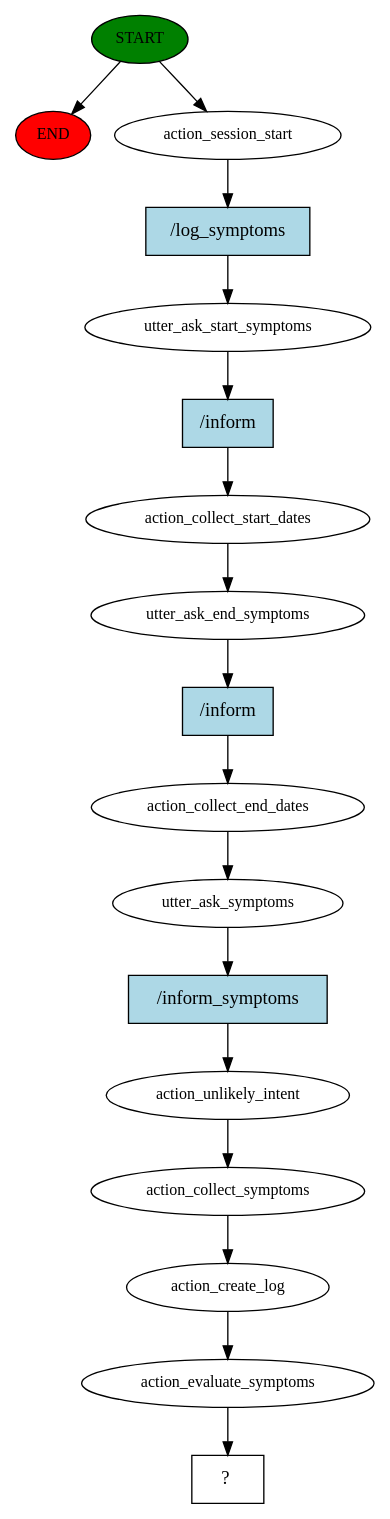
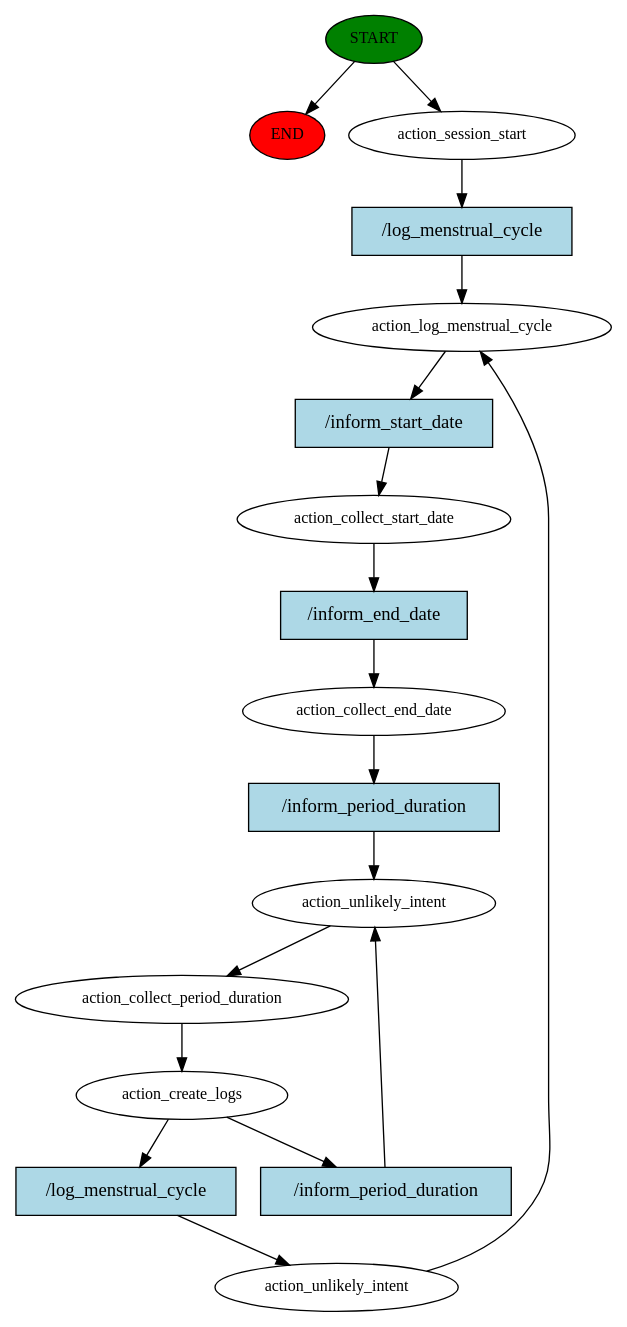
Before and after one commit to myaltithink/FertiliSense: the diagram in story_graph.dot, drawn with Graphviz. The commit also changed 104 other files, not shown here.

```diff
--- a/story_graph.dot
+++ b/story_graph.dot
@@ -1,35 +1,35 @@
 digraph  {
 0 [class="start active", fillcolor=green, fontsize=12, label=START, style=filled];
 "-1" [class=end, fillcolor=red, fontsize=12, label=END, style=filled];
 1 [class=active, fontsize=12, label=action_session_start];
-2 [class=active, fontsize=12, label=utter_ask_start_symptoms];
-3 [class=active, fontsize=12, label=action_collect_start_dates];
-4 [class=active, fontsize=12, label=utter_ask_end_symptoms];
-5 [class=active, fontsize=12, label=action_collect_end_dates];
-6 [class=active, fontsize=12, label=utter_ask_symptoms];
-7 [class=active, fontsize=12, label=action_unlikely_intent];
-8 [class=active, fontsize=12, label=action_collect_symptoms];
-9 [class=active, fontsize=12, label=action_create_log];
-10 [class=active, fontsize=12, label=action_evaluate_symptoms];
-11 [class="intent dashed active", label="  ?  ", shape=rect];
-12 [class="intent active", fillcolor=lightblue, label="/log_symptoms", shape=rect, style=filled];
-13 [class="intent active", fillcolor=lightblue, label="/inform", shape=rect, style=filled];
-14 [class="intent active", fillcolor=lightblue, label="/inform", shape=rect, style=filled];
-15 [class="intent active", fillcolor=lightblue, label="/inform_symptoms", shape=rect, style=filled];
+2 [class=active, fontsize=12, label=action_log_menstrual_cycle];
+3 [class=active, fontsize=12, label=action_collect_start_date];
+4 [class=active, fontsize=12, label=action_collect_end_date];
+5 [class=active, fontsize=12, label=action_unlikely_intent];
+6 [class=active, fontsize=12, label=action_collect_period_duration];
+7 [class="active dashed", fontsize=12, label=action_create_logs];
+11 [class=active, fontsize=12, label=action_unlikely_intent];
+18 [class="intent active", fillcolor=lightblue, label="/log_menstrual_cycle", shape=rect, style=filled];
+19 [class="intent active", fillcolor=lightblue, label="/inform_start_date", shape=rect, style=filled];
+20 [class="intent active", fillcolor=lightblue, label="/inform_end_date", shape=rect, style=filled];
+21 [class="intent active", fillcolor=lightblue, label="/inform_period_duration", shape=rect, style=filled];
+22 [class="intent active", fillcolor=lightblue, label="/inform_period_duration", shape=rect, style=filled];
+23 [class="intent active", fillcolor=lightblue, label="/log_menstrual_cycle", shape=rect, style=filled];
 0 -> "-1"  [class="", key=NONE, label=""];
 0 -> 1  [class=active, key=NONE, label=""];
-1 -> 12  [class=active, key=0];
-2 -> 13  [class=active, key=0];
-3 -> 4  [class=active, key=NONE, label=""];
-4 -> 14  [class=active, key=0];
+1 -> 18  [class=active, key=0];
+2 -> 19  [class=active, key=0];
+3 -> 20  [class=active, key=0];
+4 -> 21  [class=active, key=0];
 5 -> 6  [class=active, key=NONE, label=""];
-6 -> 15  [class=active, key=0];
-7 -> 8  [class=active, key=NONE, label=""];
-8 -> 9  [class=active, key=NONE, label=""];
-9 -> 10  [class=active, key=NONE, label=""];
-10 -> 11  [class=active, key=NONE, label=""];
-12 -> 2  [class=active, key=0];
-13 -> 3  [class=active, key=0];
-14 -> 5  [class=active, key=0];
-15 -> 7  [class=active, key=0];
+6 -> 7  [class=active, key=NONE, label=""];
+7 -> 22  [class=active, key=0];
+7 -> 23  [class=active, key=0];
+11 -> 2  [class=active, key=NONE, label=""];
+18 -> 2  [class=active, key=0];
+19 -> 3  [class=active, key=0];
+20 -> 4  [class=active, key=0];
+21 -> 5  [class=active, key=0];
+22 -> 5  [class=active, key=0];
+23 -> 11  [class=active, key=0];
 }
```
